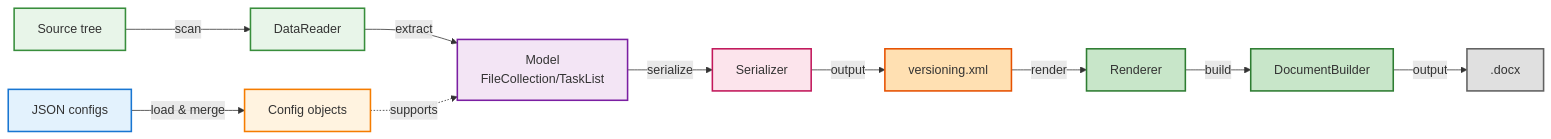
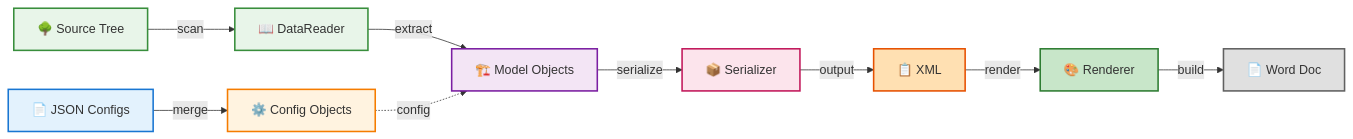
One commit to claudiopisa/VDD-A changed the diagram in README.md. Above: the diagram before and after it, drawn with Mermaid. The commit also changed other lines of this file, not shown here.

````diff
--- a/README.md
+++ b/README.md
@@ -194,35 +161,31 @@
 ```mermaid
 graph LR
-    J["JSON configs"]
-    C["Config objects"]
-    S["Source tree"]
-    DR["DataReader"]
-    M["Model<br/>FileCollection/TaskList"]
-    SER["Serializer"]
-    X["versioning.xml"]
-    R["Renderer"]
-    DB["DocumentBuilder"]
-    D[".docx"]
+    A["📄 JSON Configs"]
+    B["⚙️ Config Objects"]
+    C["🌳 Source Tree"]
+    D["📖 DataReader"]
+    E["🏗️ Model Objects"]
+    F["📦 Serializer"]
+    G["📋 XML"]
+    H["🎨 Renderer"]
+    I["📄 Word Doc"]
     
-    J -->|load & merge| C
-    S -->|scan| DR
-    DR -->|extract| M
-    M -->|serialize| SER
-    SER -->|output| X
-    X -->|render| R
-    R -->|build| DB
-    DB -->|output| D
+    A -->|merge| B
+    C -->|scan| D
+    D -->|extract| E
+    E -->|serialize| F
+    F -->|output| G
+    G -->|render| H
+    H -->|build| I
+    B -.->|config| E
     
-    C -.supports.-> M
-    
-    style J fill:#e3f2fd,stroke:#1976d2,stroke-width:2px
-    style C fill:#fff3e0,stroke:#f57c00,stroke-width:2px
-    style S fill:#e8f5e9,stroke:#388e3c,stroke-width:2px
-    style DR fill:#e8f5e9,stroke:#388e3c,stroke-width:2px
-    style M fill:#f3e5f5,stroke:#7b1fa2,stroke-width:2px
-    style SER fill:#fce4ec,stroke:#c2185b,stroke-width:2px
-    style X fill:#ffe0b2,stroke:#e65100,stroke-width:2px
-    style R fill:#c8e6c9,stroke:#2e7d32,stroke-width:2px
-    style DB fill:#c8e6c9,stroke:#2e7d32,stroke-width:2px
-    style D fill:#e0e0e0,stroke:#616161,stroke-width:2px
+    style A fill:#e3f2fd,stroke:#1976d2,stroke-width:2px
+    style B fill:#fff3e0,stroke:#f57c00,stroke-width:2px
+    style C fill:#e8f5e9,stroke:#388e3c,stroke-width:2px
+    style D fill:#e8f5e9,stroke:#388e3c,stroke-width:2px
+    style E fill:#f3e5f5,stroke:#7b1fa2,stroke-width:2px
+    style F fill:#fce4ec,stroke:#c2185b,stroke-width:2px
+    style G fill:#ffe0b2,stroke:#e65100,stroke-width:2px
+    style H fill:#c8e6c9,stroke:#2e7d32,stroke-width:2px
+    style I fill:#e0e0e0,stroke:#616161,stroke-width:2px
 ```
````
